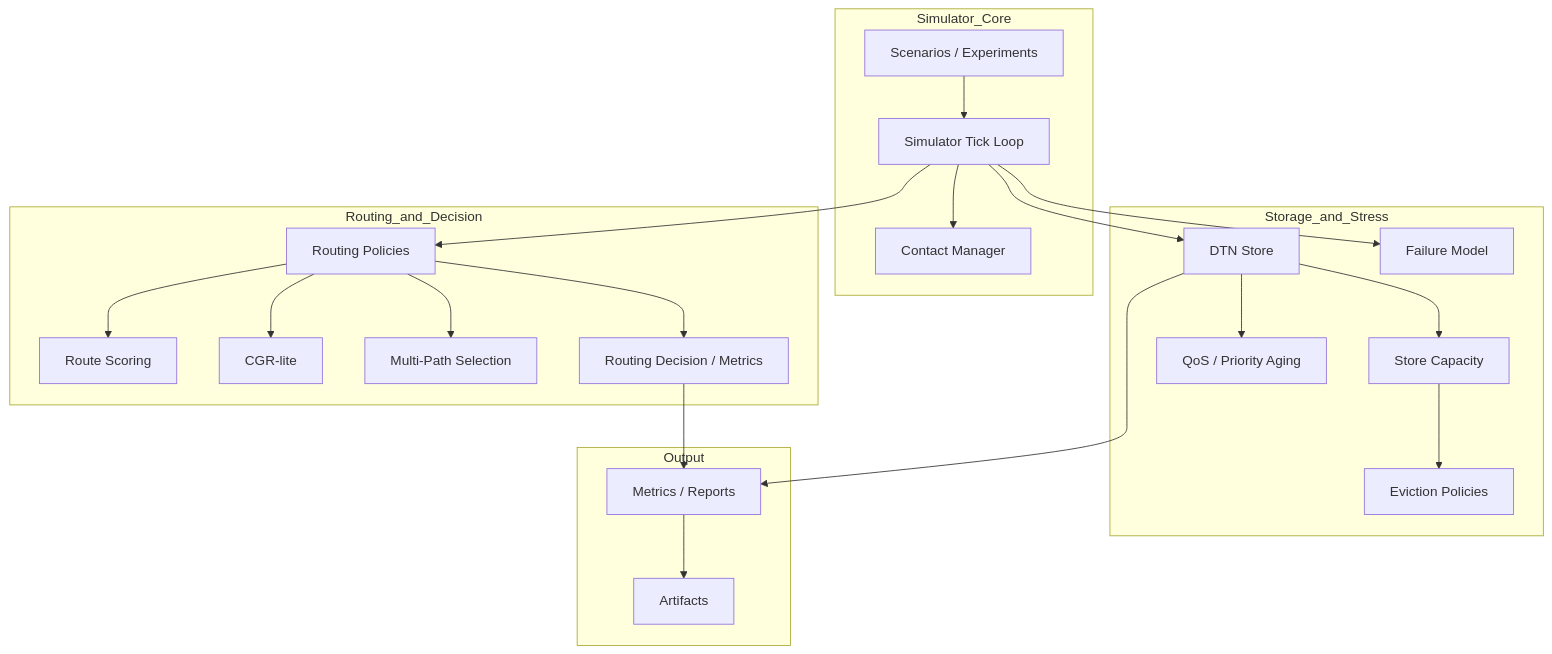
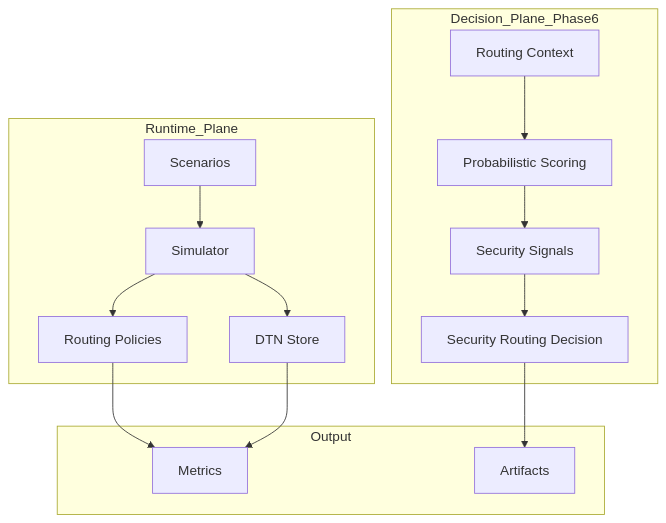
Before and after one commit to leozzmc/AetherNet: the first of 3 diagrams in README.md, drawn with Mermaid. The commit also changed other lines of this file and 6 other files, not shown here.

````diff
--- a/README.md
+++ b/README.md
@@ -303,47 +217,30 @@
 ```mermaid
 flowchart TB
-    subgraph Simulator_Core
-        SCEN[Scenarios / Experiments]
-        SIM[Simulator Tick Loop]
-        CM[Contact Manager]
+    subgraph Runtime_Plane
+        SCEN[Scenarios]
+        SIM[Simulator]
+        STORE[DTN Store]
+        ROUTE[Routing Policies]
     end
 
-    subgraph Routing_and_Decision
-        RP[Routing Policies]
-        SCORE[Route Scoring]
-        CGR[CGR-lite]
-        MP[Multi-Path Selection]
-        ROBS[Routing Decision / Metrics]
-    end
-
-    subgraph Storage_and_Stress
-        STORE[DTN Store]
-        CAP[Store Capacity]
-        EVICT[Eviction Policies]
-        QOS[QoS / Priority Aging]
-        FAIL[Failure Model]
+    subgraph Decision_Plane_Phase6
+        CONTEXT[Routing Context]
+        SCORE[Probabilistic Scoring]
+        SIGNAL[Security Signals]
+        DECISION[Security Routing Decision]
     end
 
     subgraph Output
-        MET[Metrics / Reports]
+        MET[Metrics]
         ART[Artifacts]
     end
 
     SCEN --> SIM
-    SIM --> CM
-    SIM --> RP
-    RP --> SCORE
-    RP --> CGR
-    RP --> MP
-    RP --> ROBS
+    SIM --> STORE
+    SIM --> ROUTE
 
-    SIM --> STORE
-    STORE --> CAP
-    CAP --> EVICT
-    STORE --> QOS
-    SIM --> FAIL
+    ROUTE --> MET
+    STORE --> MET
 
-    ROBS --> MET
-    STORE --> MET
-    MET --> ART
+    CONTEXT --> SCORE --> SIGNAL --> DECISION --> ART
 ```
````
